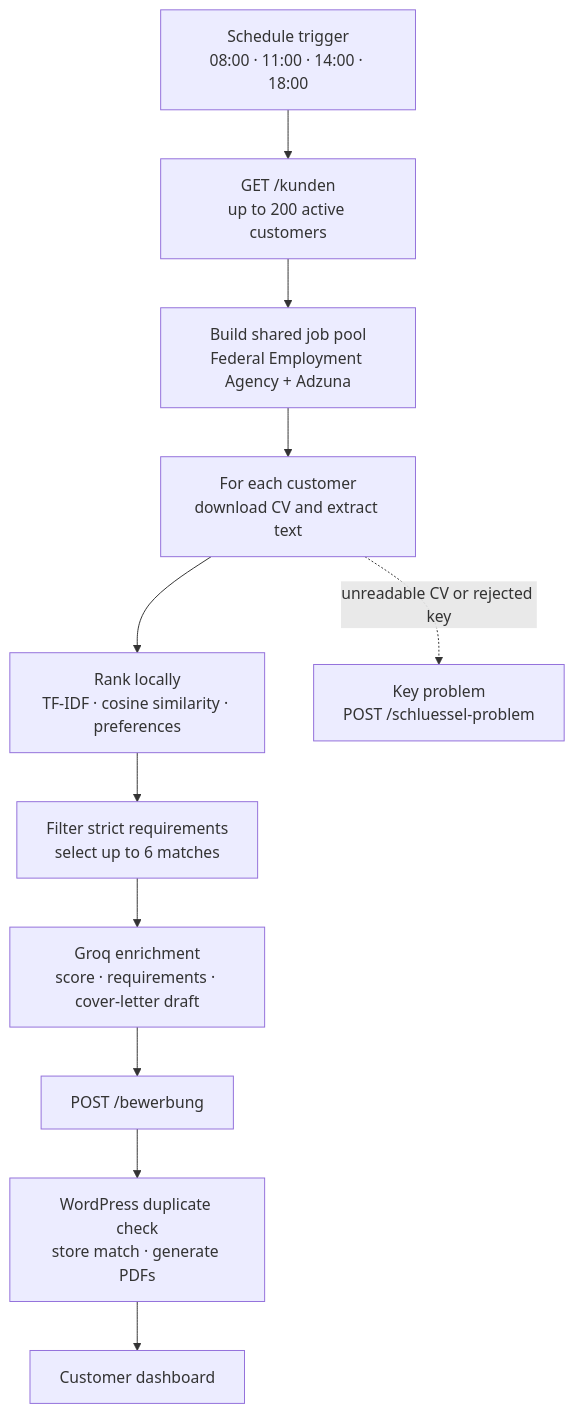
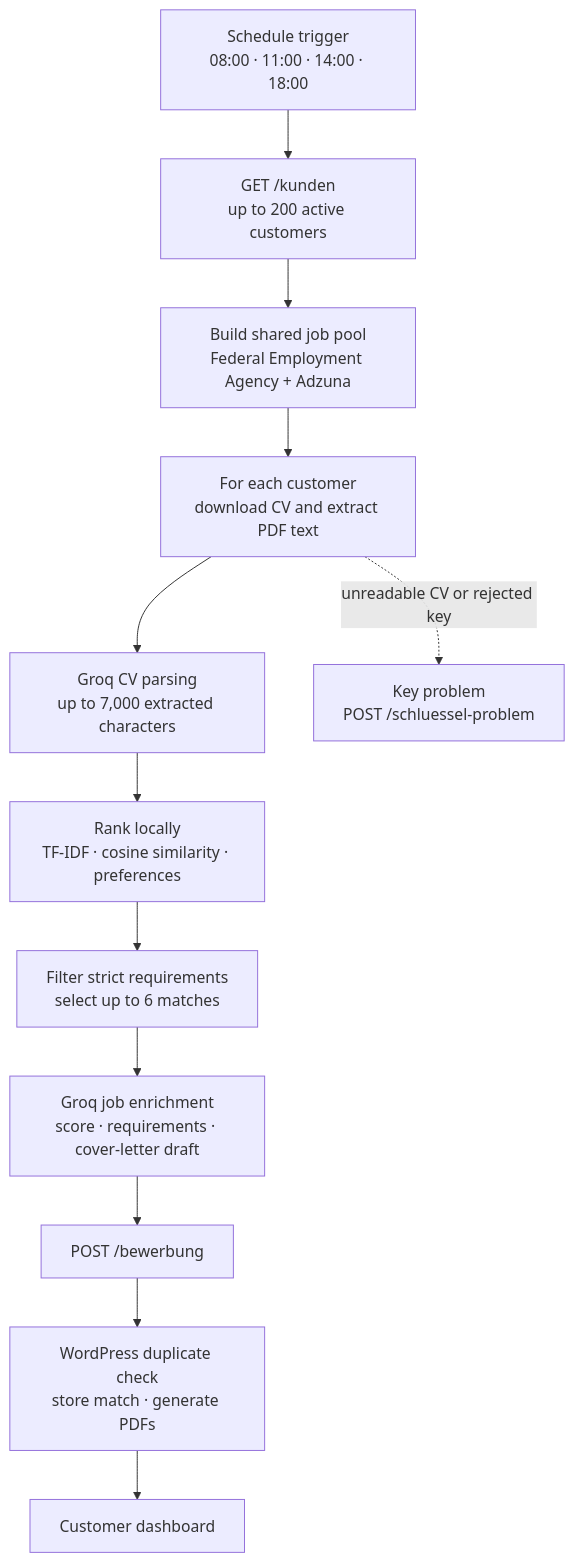
The third of 3 diagrams in ARCHITECTURE.md (3mothman/auto-job-search), drawn with Mermaid before and after one commit. The commit also changed other lines of this file, not shown here.

Commit message:
docs: show CV parsing before local ranking

````diff
--- a/ARCHITECTURE.md
+++ b/ARCHITECTURE.md
@@ -87,17 +91,18 @@
 ```mermaid
 flowchart TD
     S["Schedule trigger<br/>08:00 · 11:00 · 14:00 · 18:00"]
     C["GET /kunden<br/>up to 200 active customers"]
     P["Build shared job pool<br/>Federal Employment Agency + Adzuna"]
-    L["For each customer<br/>download CV and extract text"]
+    L["For each customer<br/>download CV and extract PDF text"]
+    X["Groq CV parsing<br/>up to 7,000 extracted characters"]
     R["Rank locally<br/>TF-IDF · cosine similarity · preferences"]
     F["Filter strict requirements<br/>select up to 6 matches"]
-    G["Groq enrichment<br/>score · requirements · cover-letter draft"]
+    G["Groq job enrichment<br/>score · requirements · cover-letter draft"]
     W["POST /bewerbung"]
     D["WordPress duplicate check<br/>store match · generate PDFs"]
     V["Customer dashboard"]
     E["Key problem<br/>POST /schluessel-problem"]
 
-    S --> C --> P --> L --> R --> F --> G --> W --> D --> V
+    S --> C --> P --> L --> X --> R --> F --> G --> W --> D --> V
     L -. "unreadable CV or rejected key" .-> E
 ```
````
